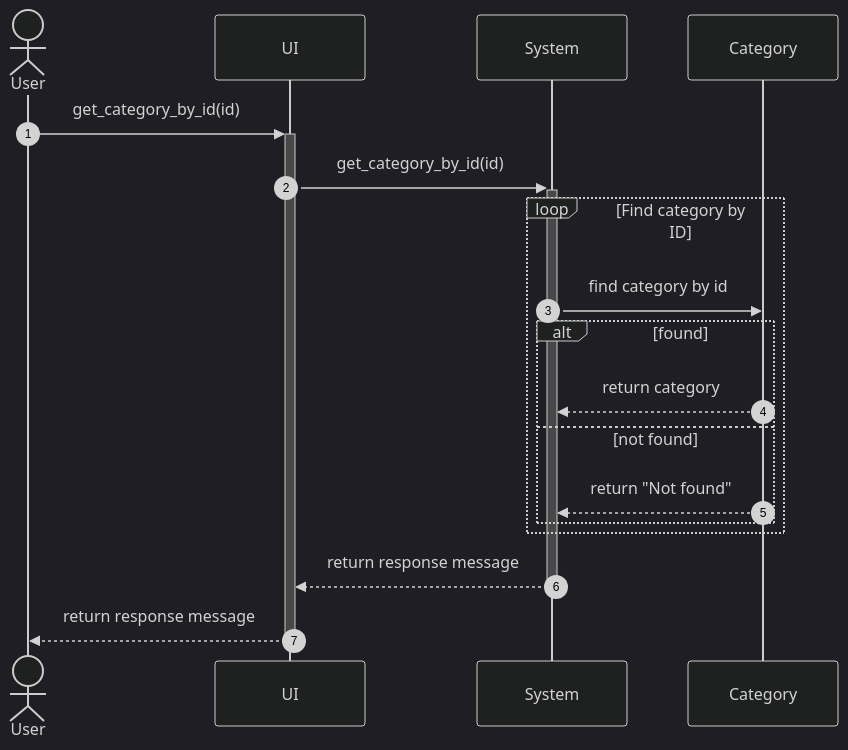
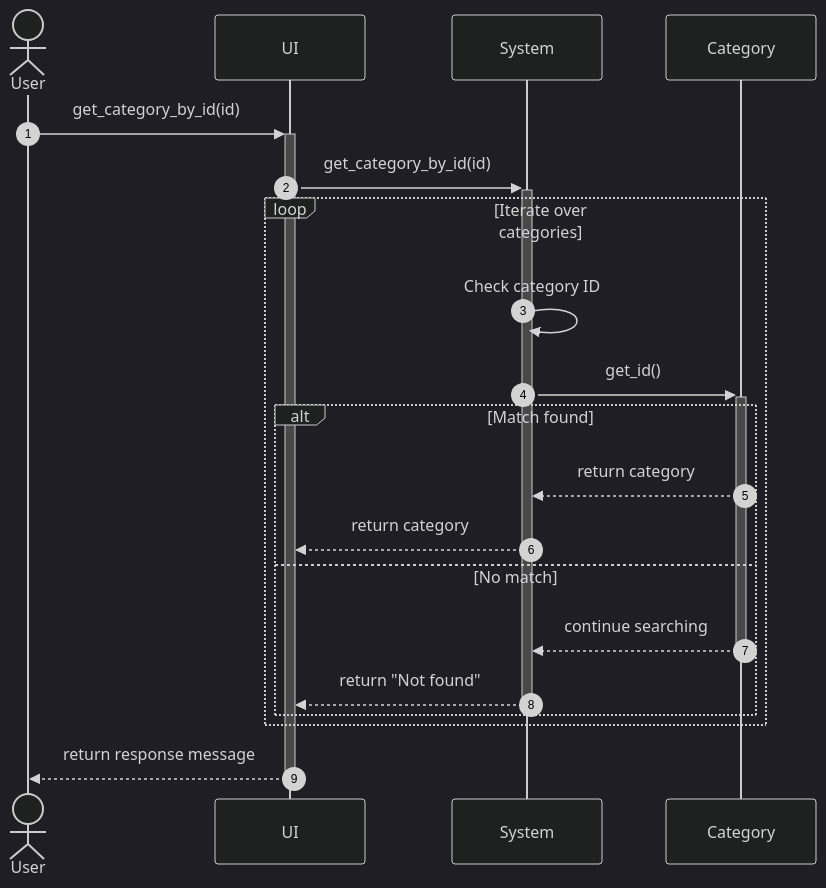
One commit to Bokutosimp/CE_OOP_PROJECT changed the diagram in diagram/sequence/get_category_by_id.md. Above: the diagram before and after it, drawn with Mermaid. The commit also changed 5 other files, not shown here.

````diff
--- a/diagram/sequence/get_category_by_id.md
+++ b/diagram/sequence/get_category_by_id.md
@@ -1,25 +1,27 @@
 ```mermaid
 ---
 config:
   theme: dark
   look: classic
 ---
 sequenceDiagram
   actor User as User
   participant UI as UI
   participant System as System
   participant Category as Category
   autonumber
   User ->>+ UI: get_category_by_id(id)
   UI ->>+ System: get_category_by_id(id)
-  loop Find category by ID
-    System ->> Category: find category by id
-    alt found
-      Category -->> System: return category
-    else not found
-      Category -->> System: return "Not found"
-    end
+  loop Iterate over categories
+      System ->> System: Check category ID
+      System ->>+ Category: get_id()
+      alt Match found
+          Category -->> System: return category
+          System -->> UI: return category
+      else No match
+          Category -->>- System: continue searching
+          System -->>- UI: return "Not found"
+      end
   end
-  System -->>- UI: return response message
   UI -->>- User: return response message
 ```
````
